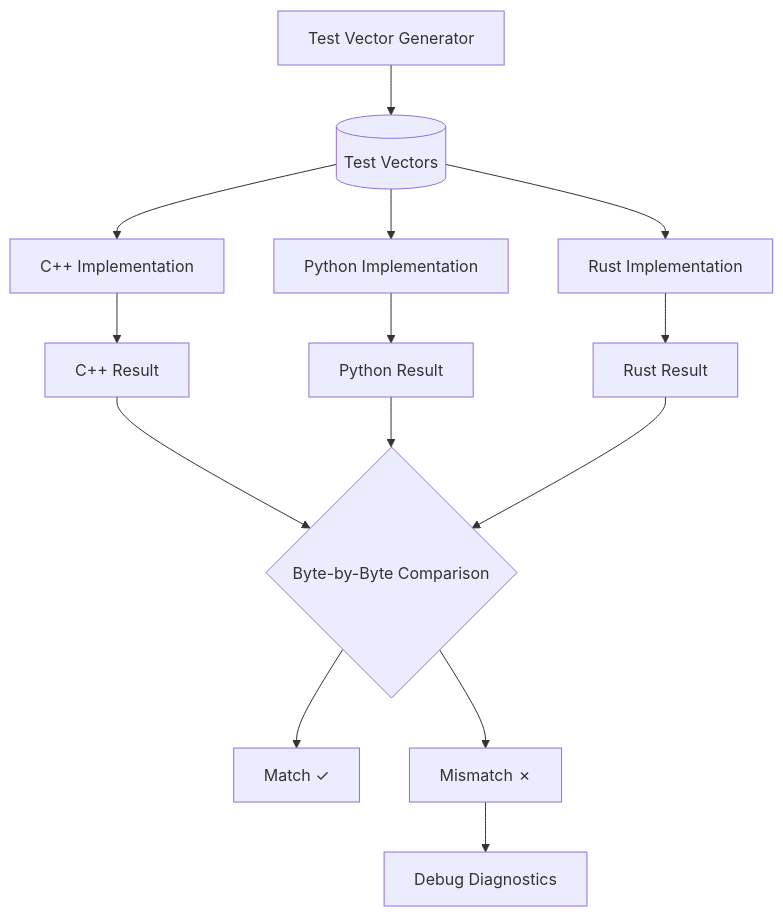
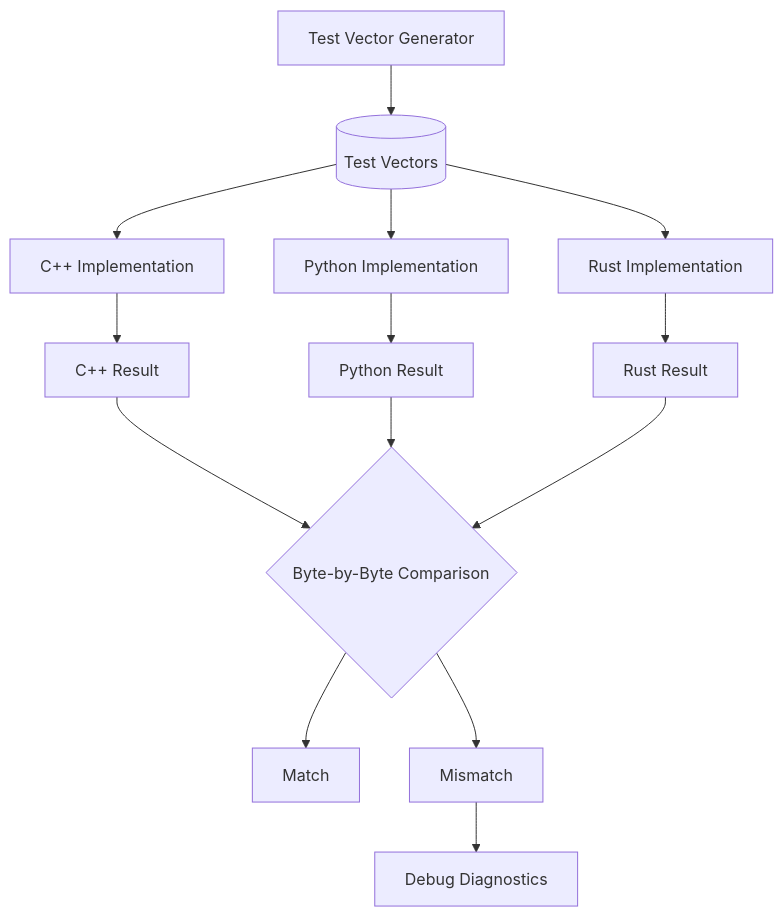
One commit to mandcony/quantoniumos changed the third of 5 diagrams in docs/diagrams.md. Above: the diagram before and after it, drawn with Mermaid. The commit also changed other lines of this file and 28 other files, not shown here.

````diff
--- a/docs/diagrams.md
+++ b/docs/diagrams.md
@@ -64,16 +64,16 @@
 ```mermaid
 flowchart TD
     Generator[Test Vector Generator] --> TestVectors[(Test Vectors)]
     TestVectors --> CPPImpl[C++ Implementation]
     TestVectors --> PyImpl[Python Implementation]
     TestVectors --> RustImpl[Rust Implementation]
     CPPImpl --> CPPResult[C++ Result]
     PyImpl --> PyResult[Python Result]
     RustImpl --> RustResult[Rust Result]
     CPPResult --> Comparator{Byte-by-Byte Comparison}
     PyResult --> Comparator
     RustResult --> Comparator
-    Comparator --> Match[Match ✓]
-    Comparator --> Mismatch[Mismatch ✗]
+    Comparator --> Match[Match ]
+    Comparator --> Mismatch[Mismatch ]
     Mismatch --> Debug[Debug Diagnostics]
 ```
````
